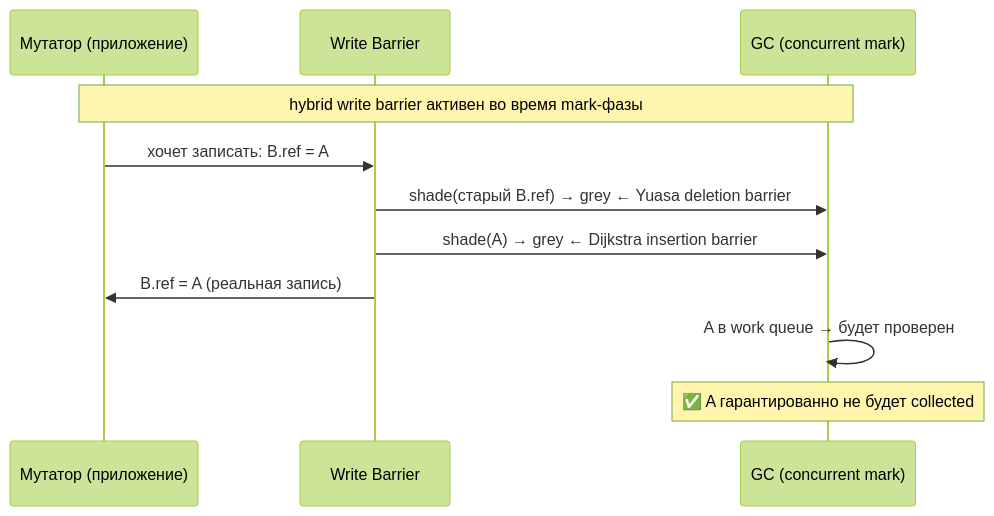
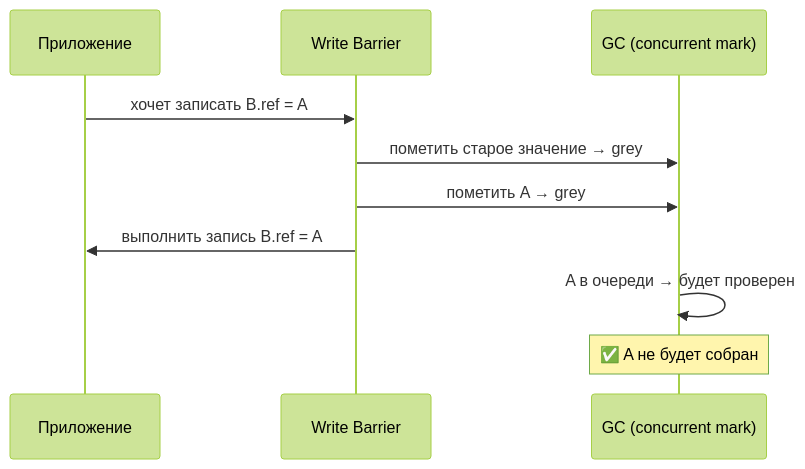
The third of 5 diagrams in docs/senior-golang-study/01-go-core/memory-internals/04-garbage-collector.md (fev0ks/LearnGoLang), drawn with Mermaid (forest theme) before and after one commit. The commit also changed other lines of this file and 4 other files, not shown here.

````diff
--- a/docs/senior-golang-study/01-go-core/memory-internals/04-garbage-collector.md
+++ b/docs/senior-golang-study/01-go-core/memory-internals/04-garbage-collector.md
@@ -115,15 +110,13 @@
 ```mermaid
 sequenceDiagram
-    participant M  as Мутатор (приложение)
+    participant M  as Приложение
     participant WB as Write Barrier
     participant GC as GC (concurrent mark)
 
-    Note over M,GC: hybrid write barrier активен во время mark-фазы
-
-    M  ->> WB: хочет записать: B.ref = A
-    WB ->> GC: shade(старый B.ref) → grey   ← Yuasa deletion barrier
-    WB ->> GC: shade(A)            → grey   ← Dijkstra insertion barrier
-    WB ->> M:  B.ref = A  (реальная запись)
-    GC ->> GC: A в work queue → будет проверен
-    Note over GC: ✅ A гарантированно не будет collected
+    M  ->> WB: хочет записать B.ref = A
+    WB ->> GC: пометить старое значение → grey
+    WB ->> GC: пометить A → grey
+    WB ->> M:  выполнить запись B.ref = A
+    GC ->> GC: A в очереди → будет проверен
+    Note over GC: ✅ A не будет собран
 ```
````
